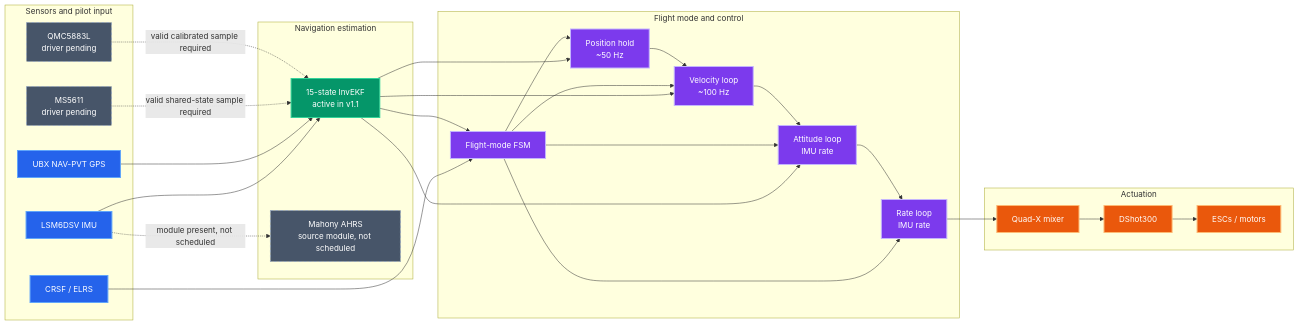
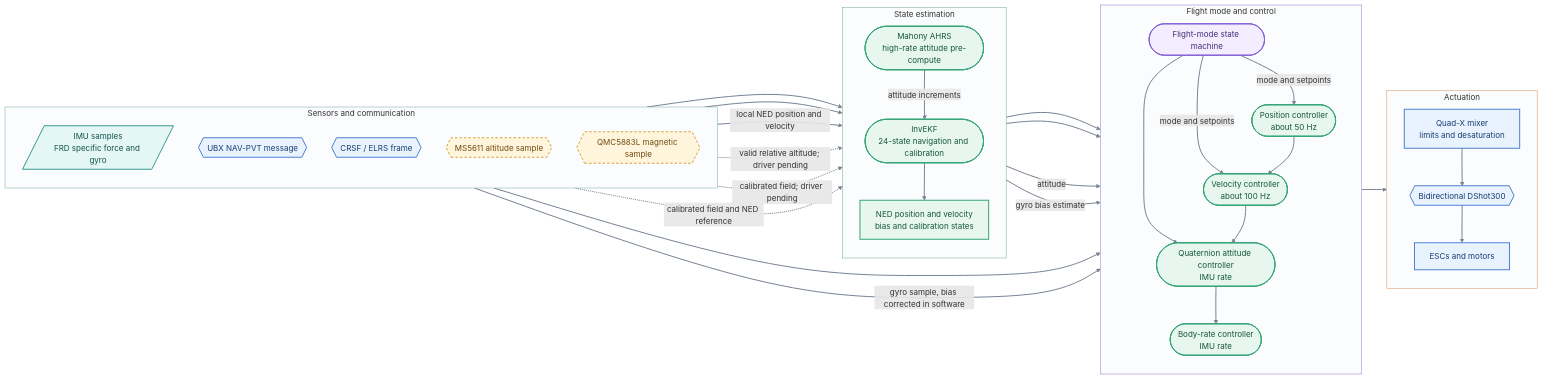
The first of 10 diagrams in ARCHITECTURE.md (nafs09/dual-control-drone-flight-controller), drawn with Mermaid before and after one commit. The commit also changed other lines of this file and 20 other files, not shown here.

Commit message:
Update documentation and improve the InvEKF and other components.

````diff
--- a/ARCHITECTURE.md
+++ b/ARCHITECTURE.md
@@ -9,62 +28,74 @@
 ```mermaid
 flowchart LR
-  subgraph Inputs["Sensors and pilot input"]
-    IMU["LSM6DSV IMU"]
-    GPS["UBX NAV-PVT GPS"]
-    BARO["MS5611<br/>driver pending"]
-    MAG["QMC5883L<br/>driver pending"]
-    RC["CRSF / ELRS"]
+  subgraph S["Sensors and communication"]
+    direction TB
+    IMU[/IMU samples<br/>FRD specific force and gyro/]
+    GPS{{UBX NAV-PVT message}}
+    RC{{CRSF / ELRS frame}}
+    BARO{{MS5611 altitude sample}}
+    MAG{{QMC5883L magnetic sample}}
   end
 
-  subgraph Estimation["Navigation estimation"]
-    INV["15-state InvEKF<br/>active in v1.1"]
-    MAHONY["Mahony AHRS<br/>source module, not scheduled"]
+  subgraph E["State estimation"]
+    direction TB
+    MAH(["Mahony AHRS<br/>high-rate attitude pre-compute"])
+    INV(["InvEKF<br/>24-state navigation and calibration"])
+    NAV["NED position and velocity<br/>bias and calibration states"]
   end
 
-  subgraph Control["Flight mode and control"]
-    FSM["Flight-mode FSM"]
-    POS["Position hold<br/>~50 Hz"]
-    VEL["Velocity loop<br/>~100 Hz"]
-    ATT["Attitude loop<br/>IMU rate"]
-    RATE["Rate loop<br/>IMU rate"]
+  subgraph C["Flight mode and control"]
+    direction TB
+    FSM(["Flight-mode state machine"])
+    POS(["Position controller<br/>about 50 Hz"])
+    VEL(["Velocity controller<br/>about 100 Hz"])
+    ATT(["Quaternion attitude controller<br/>IMU rate"])
+    RATE(["Body-rate controller<br/>IMU rate"])
   end
 
-  subgraph Output["Actuation"]
-    MIX["Quad-X mixer"]
-    DSHOT["DShot300"]
-    ESC["ESCs / motors"]
+  subgraph A["Actuation"]
+    direction TB
+    MIX["Quad-X mixer<br/>limits and desaturation"]
+    DSHOT{{Bidirectional DShot300}}
+    MOT["ESCs and motors"]
   end
 
+  IMU --> MAH
   IMU --> INV
-  IMU -. "module present, not scheduled" .-> MAHONY
-  GPS --> INV
-  BARO -. "valid shared-state sample required" .-> INV
-  MAG -. "valid calibrated sample required" .-> INV
+  MAH -->|"attitude increments"| INV
+  GPS -->|"local NED position and velocity"| INV
+  BARO -. "valid relative altitude; driver pending" .-> INV
+  MAG -. "calibrated field; driver pending" .-> MAH
+  MAG -. "calibrated field and NED reference" .-> INV
+
   RC --> FSM
-  INV --> FSM
-  INV --> POS
-  INV --> VEL
-  INV --> ATT
-  FSM --> POS
-  FSM --> VEL
+  INV --> NAV
+  NAV --> POS
+  NAV --> VEL
+  FSM -->|"mode and setpoints"| POS
+  FSM -->|"mode and setpoints"| VEL
   FSM --> ATT
-  FSM --> RATE
-  POS --> VEL
-  VEL --> ATT
-  ATT --> RATE
-  RATE --> MIX
-  MIX --> DSHOT
-  DSHOT --> ESC
+  MAH -->|"attitude"| ATT
+  MAH -->|"gyro bias estimate"| RATE
+  IMU -->|"gyro sample, bias corrected in software"| RATE
+  POS --> VEL --> ATT --> RATE --> MIX --> DSHOT --> MOT
 
-  classDef sensors fill:#2563eb,color:#fff,stroke:#60a5fa,stroke-width:2px
-  classDef estimate fill:#059669,color:#fff,stroke:#34d399,stroke-width:2px
-  classDef inactive fill:#475569,color:#fff,stroke:#94a3b8,stroke-width:2px,stroke-dasharray:5 5
-  classDef control fill:#7c3aed,color:#fff,stroke:#c4b5fd,stroke-width:2px
-  classDef output fill:#ea580c,color:#fff,stroke:#fdba74,stroke-width:2px
-  class IMU,GPS,RC sensors
-  class BARO,MAG inactive
-  class INV estimate
-  class MAHONY inactive
-  class FSM,POS,VEL,ATT,RATE control
-  class MIX,DSHOT,ESC output
+  classDef system fill:#E7F7EF,color:#15553A,stroke:#35A578,stroke-width:2px
+  classDef hardware fill:#E9F2FF,color:#153D70,stroke:#4D82D1,stroke-width:2px
+  classDef sensing fill:#E4F7F5,color:#14524C,stroke:#3A9C91,stroke-width:2px
+  classDef config fill:#F3EDFF,color:#472D7A,stroke:#8764D8,stroke-width:2px
+  classDef safety fill:#FFF1E5,color:#794016,stroke:#E68A43,stroke-width:2px
+  classDef checks fill:#FFF5DC,color:#704A10,stroke:#D5A23C,stroke-width:2px,stroke-dasharray:5 4
+
+  class IMU sensing
+  class GPS,RC,DSHOT hardware
+  class BARO,MAG checks
+  class MAH,INV,NAV system
+  class FSM config
+  class POS,VEL,ATT,RATE system
+  class MIX,MOT hardware
+  style S fill:#FBFCFD,stroke:#7AA9A4,stroke-width:1px
+  style E fill:#FBFCFD,stroke:#6DA783,stroke-width:1px
+  style C fill:#FBFCFD,stroke:#9378C7,stroke-width:1px
+  style A fill:#FBFCFD,stroke:#D8925E,stroke-width:1px
+  linkStyle default stroke:#778394,stroke-width:2px
 ```
````
